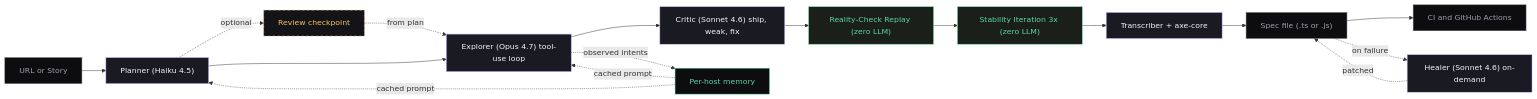
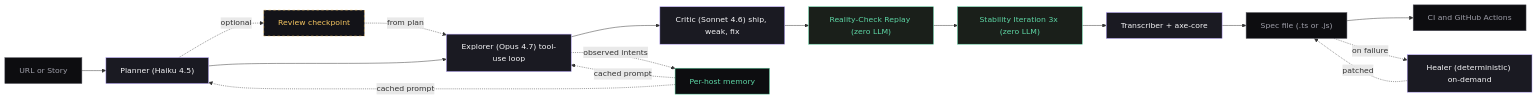
Before and after one commit to sardar-usman/qa-core-agent-openclaw: the diagram in README.md, drawn with Mermaid. The commit also changed other lines of this file and 12 other files, not shown here.

````diff
--- a/README.md
+++ b/README.md
@@ -88,38 +88,38 @@
 ```mermaid
 flowchart LR
     classDef stage fill:#1a1a22,stroke:#b9a6ff,color:#f5f5f7
     classDef verify fill:#1a1f1a,stroke:#5dd5a4,color:#5dd5a4
     classDef optional fill:#131318,stroke:#f4c560,stroke-dasharray:5 5,color:#f4c560
     classDef io fill:#0d0d10,stroke:#5b5b66,color:#9d9da7
     classDef memory fill:#0d0d10,stroke:#5dd5a4,color:#5dd5a4
 
     URL["URL or Story"]:::io
     P["Planner (Haiku 4.5)"]:::stage
     REV["Review checkpoint"]:::optional
     E["Explorer (Opus 4.7) tool-use loop"]:::stage
     C["Critic (Sonnet 4.6) ship, weak, fix"]:::stage
     R["Reality-Check Replay (zero LLM)"]:::verify
     S["Stability Iteration 3x (zero LLM)"]:::verify
     T["Transcriber + axe-core"]:::stage
-    H["Healer (Sonnet 4.6) on-demand"]:::stage
+    H["Healer (deterministic) on-demand"]:::stage
     SPEC["Spec file (.ts or .js)"]:::io
     CI["CI and GitHub Actions"]:::io
     MEM["Per-host memory"]:::memory
 
     URL --> P
     P -.->|optional| REV
     REV -.->|from plan| E
     P --> E
     E --> C
     C --> R
     R --> S
     S --> T
     T --> SPEC
     SPEC --> CI
     SPEC -.->|on failure| H
     H -.->|patched| SPEC
 
     MEM -.->|cached prompt| P
     MEM -.->|cached prompt| E
     E -.->|observed intents| MEM
 ```
````
